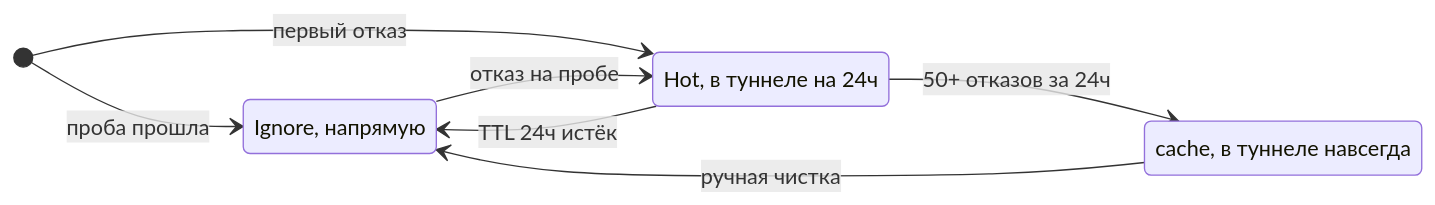
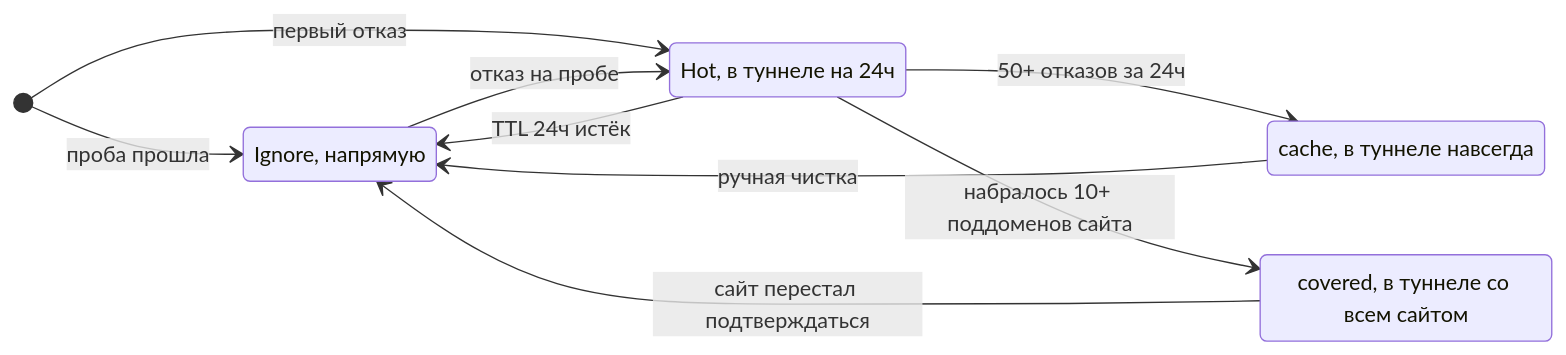
One commit to belotserkovtsev/Ladon changed the first of 2 diagrams in docs/methodology.md. Above: the diagram before and after it, drawn with Mermaid. The commit also changed other lines of this file, not shown here.

First line of the commit message:
docs(methodology): document covered/family-as-unit state

````diff
--- a/docs/methodology.md
+++ b/docs/methodology.md
@@ -38,13 +38,16 @@
 ```mermaid
 stateDiagram-v2
     direction LR
     [*] --> Ignore: проба прошла
     [*] --> Hot: первый отказ
     Ignore --> Hot: отказ на пробе
     Hot --> cache: 50+ отказов за 24ч
     Hot --> Ignore: TTL 24ч истёк
+    Hot --> covered: набралось 10+ поддоменов сайта
     cache --> Ignore: ручная чистка
+    covered --> Ignore: сайт перестал подтверждаться
     Ignore: Ignore, напрямую
     Hot: Hot, в туннеле на 24ч
     cache: cache, в туннеле навсегда
+    covered: covered, в туннеле со всем сайтом
 ```
````
